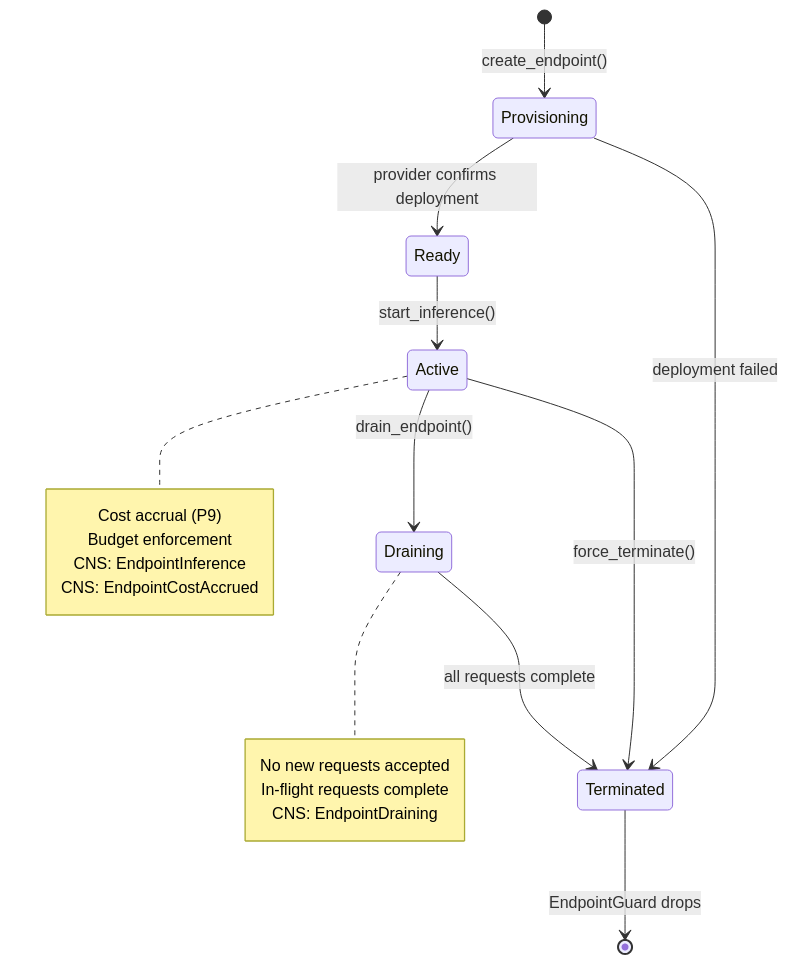
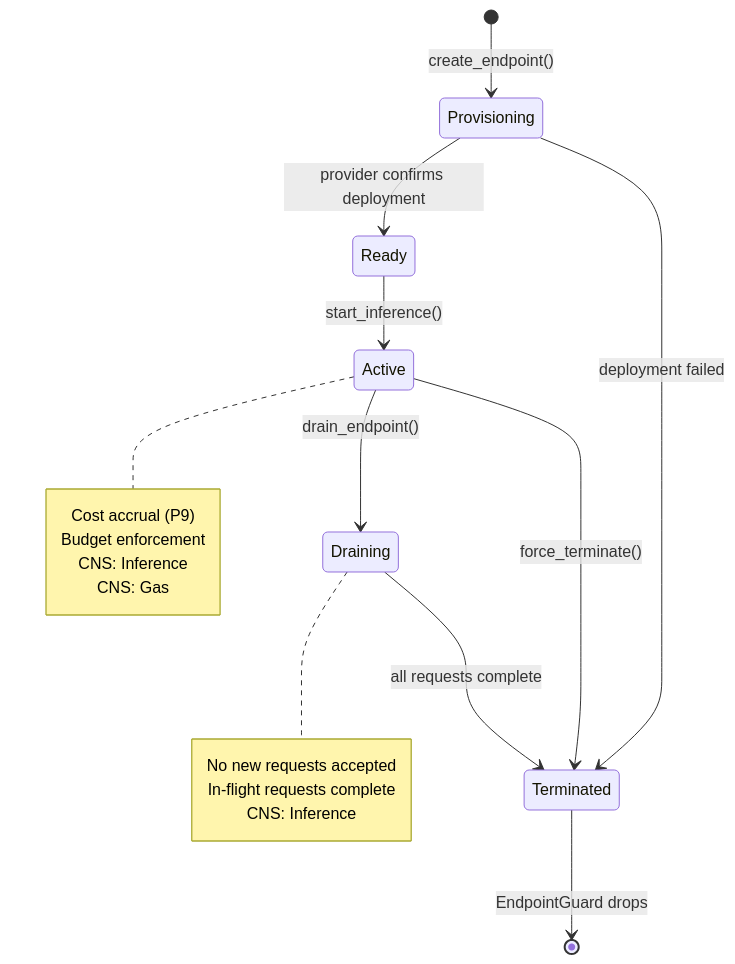
Before and after one commit to mdz-axo/hKask: the fifth of 8 diagrams in docs/architecture/hKask-architecture-master.md, drawn with Mermaid. The commit also changed other lines of this file and 13 other files, not shown here.

````diff
--- a/docs/architecture/hKask-architecture-master.md
+++ b/docs/architecture/hKask-architecture-master.md
@@ -561,24 +540,24 @@
 ```mermaid
 stateDiagram-v2
     [*] --> Provisioning: create_endpoint()
     Provisioning --> Ready: provider confirms deployment
     Ready --> Active: start_inference()
     Active --> Draining: drain_endpoint()
     Draining --> Terminated: all requests complete
     Active --> Terminated: force_terminate()
     Provisioning --> Terminated: deployment failed
     Terminated --> [*]: EndpointGuard drops
 
     note right of Active
         Cost accrual (P9)
         Budget enforcement
-        CNS: EndpointInference
-        CNS: EndpointCostAccrued
+        CNS: Inference
+        CNS: Gas
     end note
 
     note right of Draining
         No new requests accepted
         In-flight requests complete
-        CNS: EndpointDraining
+        CNS: Inference
     end note
 ```
````
